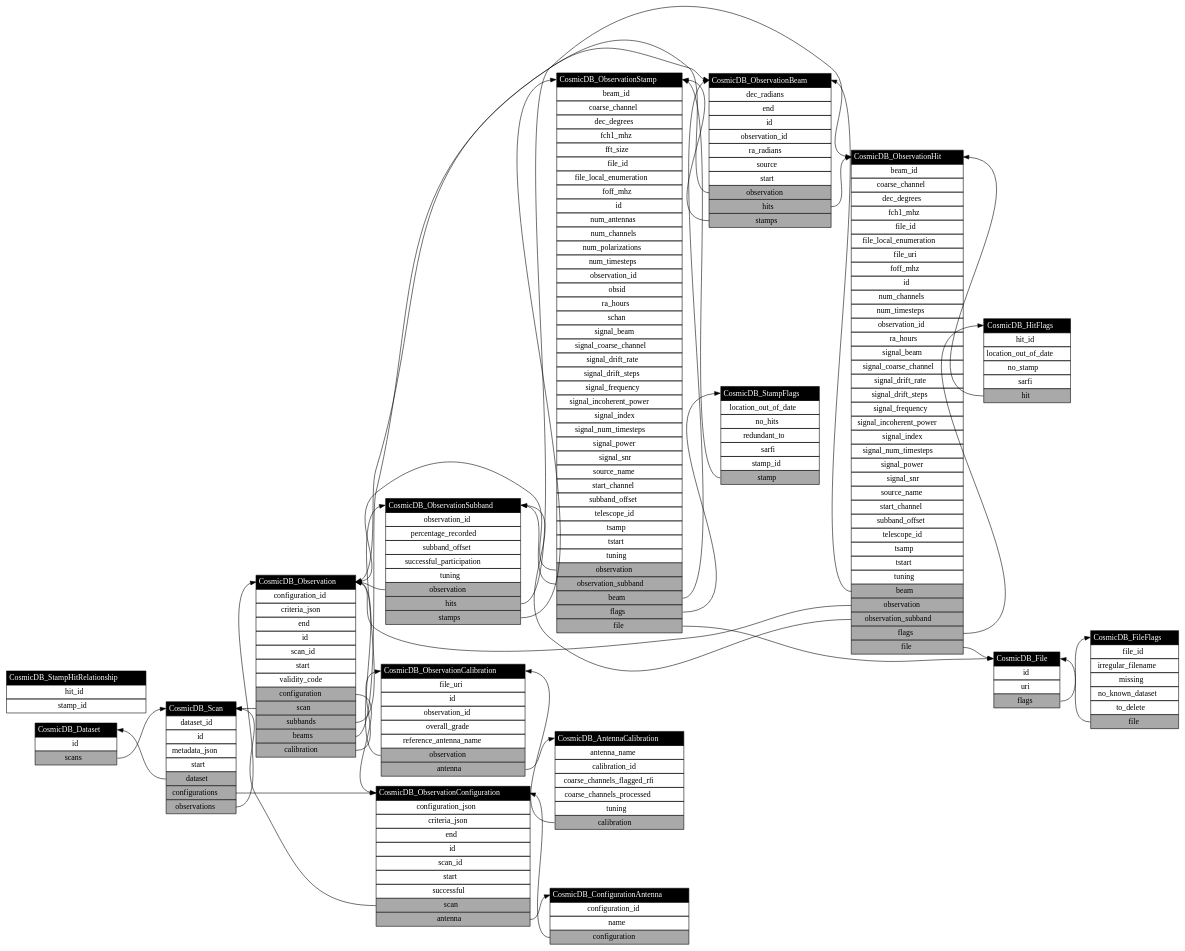
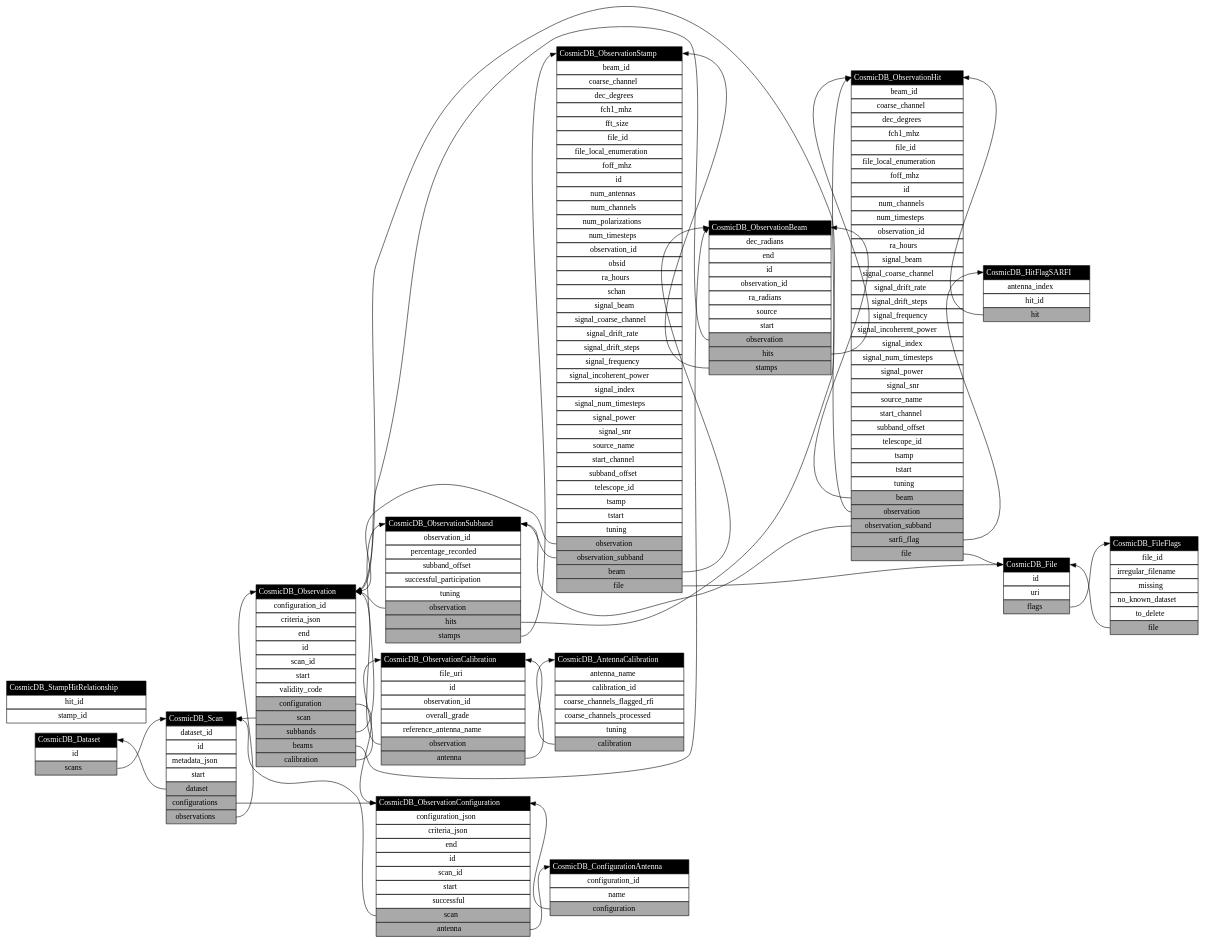
Before and after one commit to COSMIC-SETI/COSMIC-VLA-Database: the diagram in docs/classes.dot, drawn with Graphviz. The commit also changed 4 other files, not shown here.

Commit message:
*= docs update, ~ Hit.file_uri

```diff
--- a/docs/classes.dot
+++ b/docs/classes.dot
@@ -96,24 +96,12 @@
 	<tr><td>tuning</td></tr>
 	<tr><td bgcolor="darkgrey" port="calibration">calibration</td></tr>
 </table>>, shape=plain];
-CosmicDB_HitFlags:hit -> CosmicDB_ObservationHit:class;
-CosmicDB_HitFlags [label=<<table border="0" cellborder="1" cellspacing="0" cellpadding="4">
-	<tr><td bgcolor="black" port="class"><font color="white">CosmicDB_HitFlags</font></td></tr>
+CosmicDB_HitFlagSARFI:hit -> CosmicDB_ObservationHit:class;
+CosmicDB_HitFlagSARFI [label=<<table border="0" cellborder="1" cellspacing="0" cellpadding="4">
+	<tr><td bgcolor="black" port="class"><font color="white">CosmicDB_HitFlagSARFI</font></td></tr>
+	<tr><td>antenna_index</td></tr>
 	<tr><td>hit_id</td></tr>
-	<tr><td>location_out_of_date</td></tr>
-	<tr><td>no_stamp</td></tr>
-	<tr><td>sarfi</td></tr>
 	<tr><td bgcolor="darkgrey" port="hit">hit</td></tr>
-</table>>, shape=plain];
-CosmicDB_StampFlags:stamp -> CosmicDB_ObservationStamp:class;
-CosmicDB_StampFlags [label=<<table border="0" cellborder="1" cellspacing="0" cellpadding="4">
-	<tr><td bgcolor="black" port="class"><font color="white">CosmicDB_StampFlags</font></td></tr>
-	<tr><td>location_out_of_date</td></tr>
-	<tr><td>no_hits</td></tr>
-	<tr><td>redundant_to</td></tr>
-	<tr><td>sarfi</td></tr>
-	<tr><td>stamp_id</td></tr>
-	<tr><td bgcolor="darkgrey" port="stamp">stamp</td></tr>
 </table>>, shape=plain];
 CosmicDB_StampHitRelationship [label=<<table border="0" cellborder="1" cellspacing="0" cellpadding="4">
 	<tr><td bgcolor="black" port="class"><font color="white">CosmicDB_StampHitRelationship</font></td></tr>
@@ -156,7 +144,7 @@
 CosmicDB_ObservationHit:beam -> CosmicDB_ObservationBeam:class;
 CosmicDB_ObservationHit:observation -> CosmicDB_Observation:class;
 CosmicDB_ObservationHit:observation_subband -> CosmicDB_ObservationSubband:class;
-CosmicDB_ObservationHit:flags -> CosmicDB_HitFlags:class;
+CosmicDB_ObservationHit:sarfi_flag -> CosmicDB_HitFlagSARFI:class;
 CosmicDB_ObservationHit:file -> CosmicDB_File:class;
 CosmicDB_ObservationHit [label=<<table border="0" cellborder="1" cellspacing="0" cellpadding="4">
 	<tr><td bgcolor="black" port="class"><font color="white">CosmicDB_ObservationHit</font></td></tr>
@@ -166,7 +154,6 @@
 	<tr><td>fch1_mhz</td></tr>
 	<tr><td>file_id</td></tr>
 	<tr><td>file_local_enumeration</td></tr>
-	<tr><td>file_uri</td></tr>
 	<tr><td>foff_mhz</td></tr>
 	<tr><td>id</td></tr>
 	<tr><td>num_channels</td></tr>
@@ -193,13 +180,12 @@
 	<tr><td bgcolor="darkgrey" port="beam">beam</td></tr>
 	<tr><td bgcolor="darkgrey" port="observation">observation</td></tr>
 	<tr><td bgcolor="darkgrey" port="observation_subband">observation_subband</td></tr>
-	<tr><td bgcolor="darkgrey" port="flags">flags</td></tr>
+	<tr><td bgcolor="darkgrey" port="sarfi_flag">sarfi_flag</td></tr>
 	<tr><td bgcolor="darkgrey" port="file">file</td></tr>
 </table>>, shape=plain];
 CosmicDB_ObservationStamp:observation -> CosmicDB_Observation:class;
 CosmicDB_ObservationStamp:observation_subband -> CosmicDB_ObservationSubband:class;
 CosmicDB_ObservationStamp:beam -> CosmicDB_ObservationBeam:class;
-CosmicDB_ObservationStamp:flags -> CosmicDB_StampFlags:class;
 CosmicDB_ObservationStamp:file -> CosmicDB_File:class;
 CosmicDB_ObservationStamp [label=<<table border="0" cellborder="1" cellspacing="0" cellpadding="4">
 	<tr><td bgcolor="black" port="class"><font color="white">CosmicDB_ObservationStamp</font></td></tr>
@@ -240,7 +226,6 @@
 	<tr><td bgcolor="darkgrey" port="observation">observation</td></tr>
 	<tr><td bgcolor="darkgrey" port="observation_subband">observation_subband</td></tr>
 	<tr><td bgcolor="darkgrey" port="beam">beam</td></tr>
-	<tr><td bgcolor="darkgrey" port="flags">flags</td></tr>
 	<tr><td bgcolor="darkgrey" port="file">file</td></tr>
 </table>>, shape=plain];
 }
```
